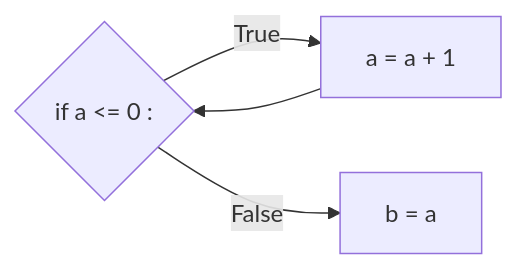
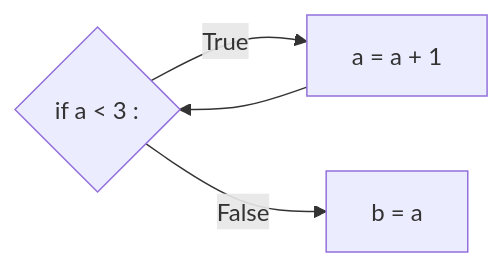
Before and after one commit to boddaert/nsi: the diagram in première/Constructions élémentaires/Boucles_non_bornées.md, drawn with Mermaid. The commit also changed 8 other files, not shown here.

````diff
--- a/première/Constructions élémentaires/Boucles_non_bornées.md
+++ b/première/Constructions élémentaires/Boucles_non_bornées.md
@@ -40,7 +40,7 @@
 ```mermaid
   graph LR;
-      A{if a <= 0 :};
+      A{if a < 3 :};
       A--True-->B[a = a + 1];
       B-->A;
       A--False-->C[b = a];
 ```
````
